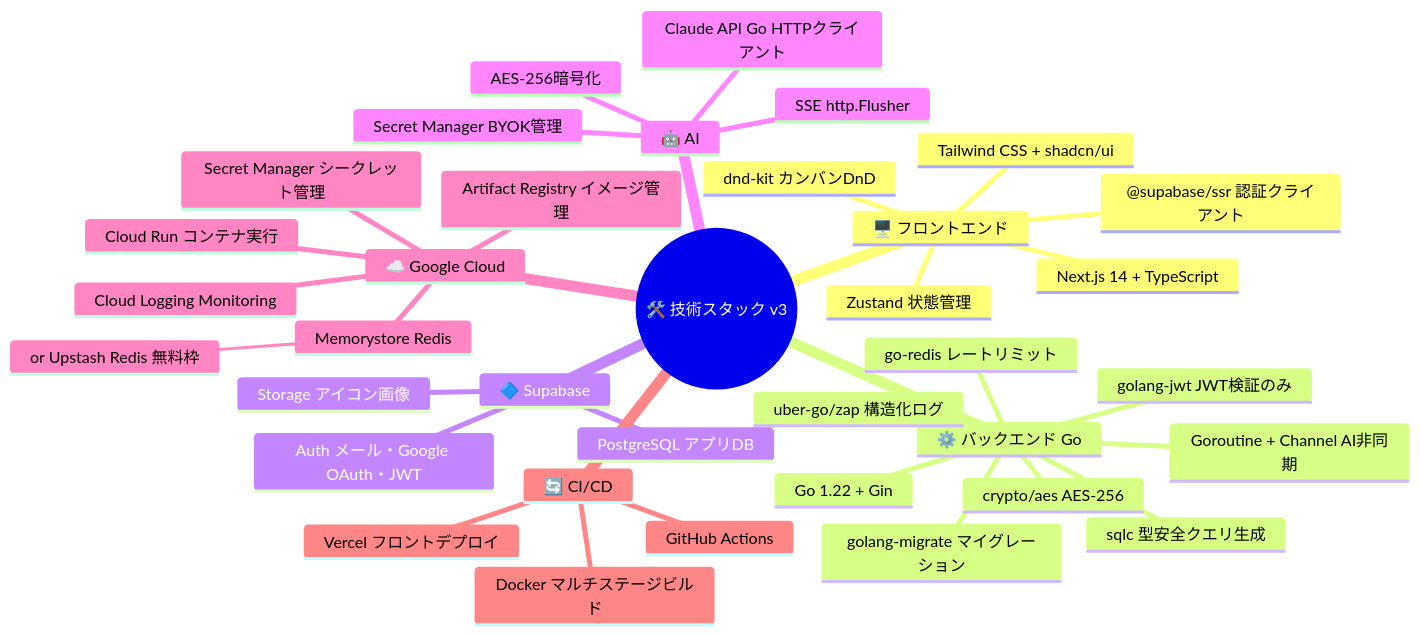
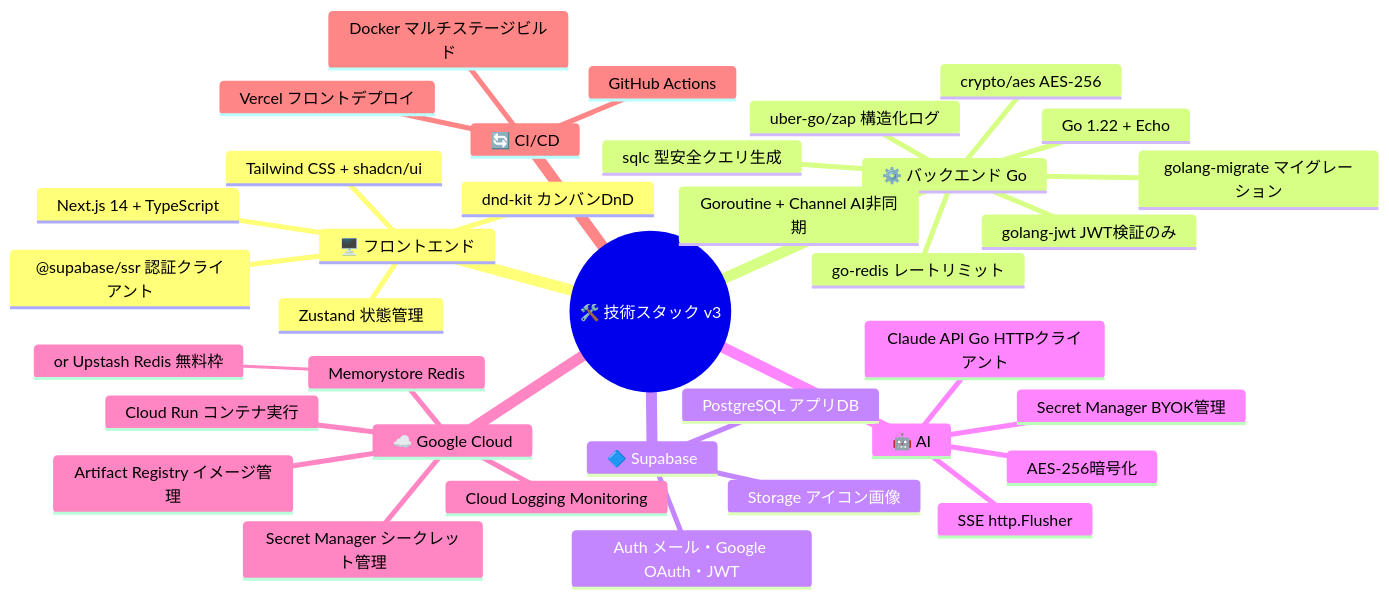
Before and after one commit to oto1720/mermaid: diagram 11 of 11 in tech-stack-v3.md, drawn with Mermaid. The commit also changed other lines of this file and 1 other file, not shown here.

````diff
--- a/tech-stack-v3.md
+++ b/tech-stack-v3.md
@@ -527,39 +490,39 @@
 ```mermaid
 mindmap
   root((🛠️ 技術スタック v3))
     🖥️ フロントエンド
       Next.js 14 + TypeScript
       Tailwind CSS + shadcn/ui
       Zustand 状態管理
       dnd-kit カンバンDnD
       @supabase/ssr 認証クライアント
     ⚙️ バックエンド Go
-      Go 1.22 + Gin
+      Go 1.22 + Echo
       golang-jwt JWT検証のみ
       crypto/aes AES-256
       sqlc 型安全クエリ生成
       golang-migrate マイグレーション
       go-redis レートリミット
       uber-go/zap 構造化ログ
       Goroutine + Channel AI非同期
     🔷 Supabase
       Auth メール・Google OAuth・JWT
       PostgreSQL アプリDB
       Storage アイコン画像
     🤖 AI
       Claude API Go HTTPクライアント
       SSE http.Flusher
       Secret Manager BYOK管理
       AES-256暗号化
     ☁️ Google Cloud
       Cloud Run コンテナ実行
       Artifact Registry イメージ管理
       Secret Manager シークレット管理
       Memorystore Redis
         or Upstash Redis 無料枠
       Cloud Logging Monitoring
     🔄 CI/CD
       GitHub Actions
       Docker マルチステージビルド
       Vercel フロントデプロイ
 ```
````
